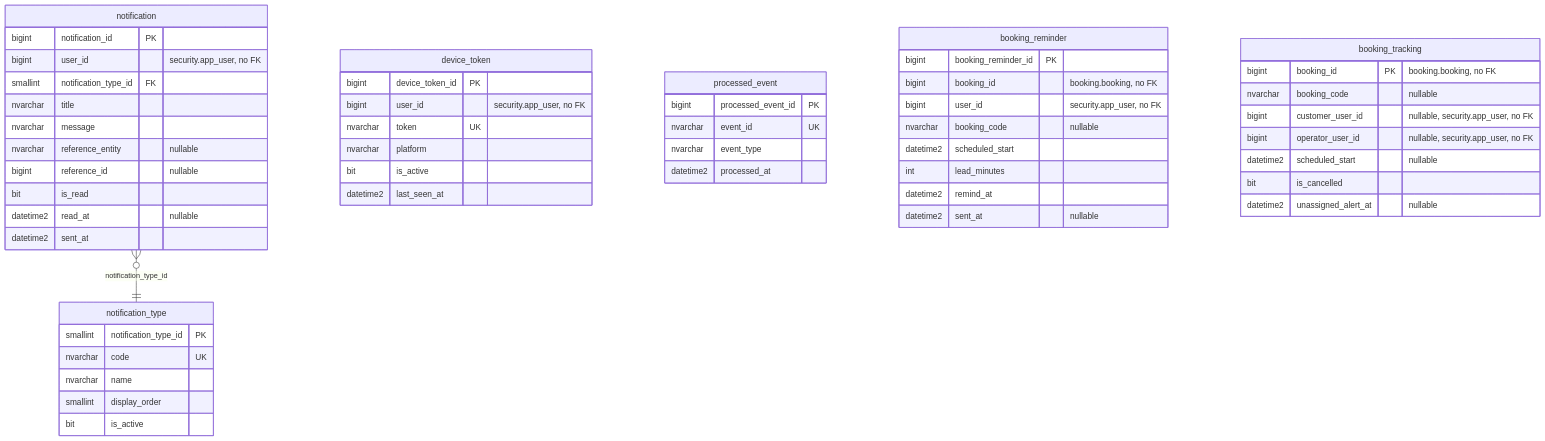
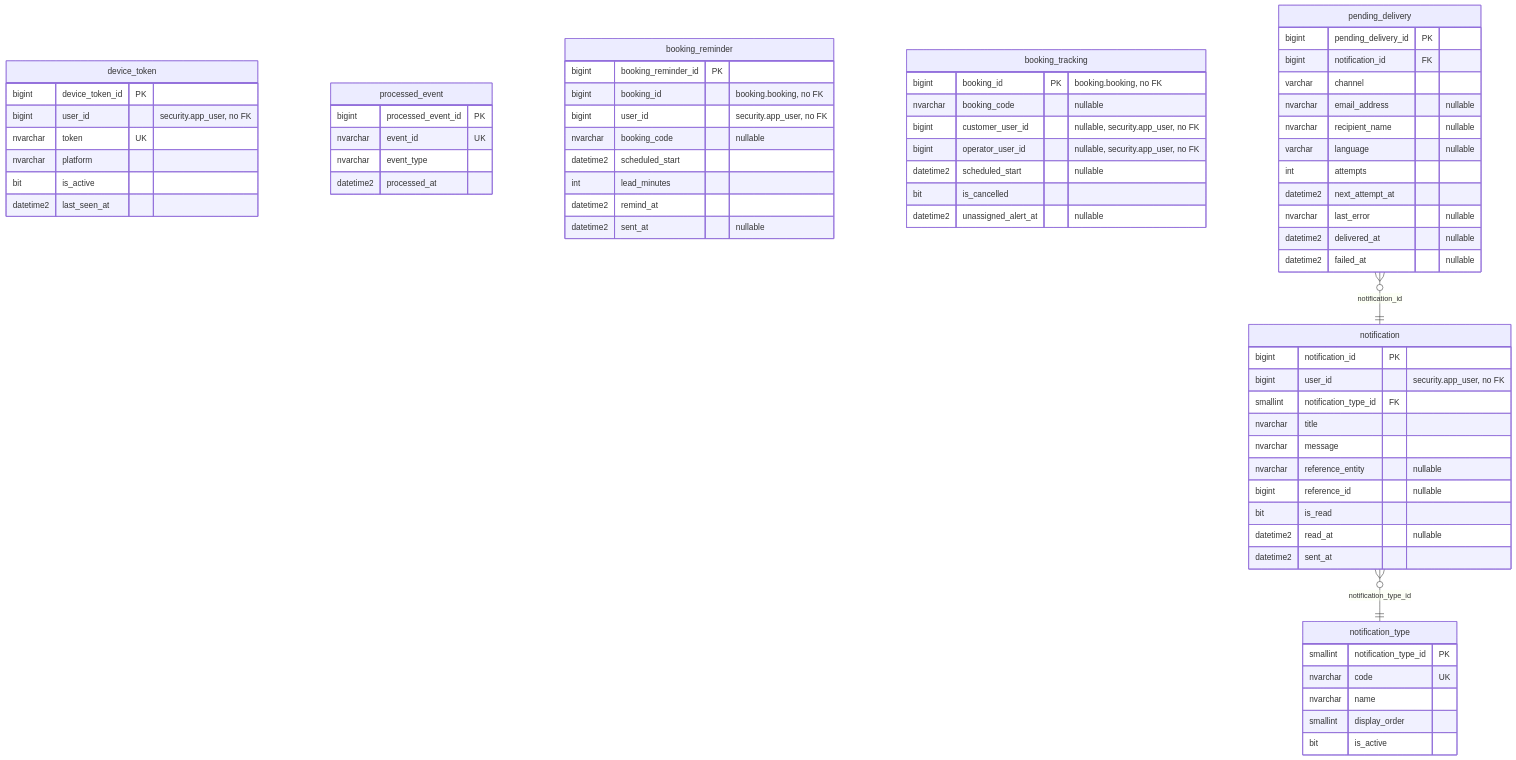
The diagram in 08-uml/diagrams/source/erd-notification.md (code-sena/vehicle-w-docs), drawn with Mermaid before and after one commit. The commit also changed other lines of this file and 1 other file, not shown here.

Commit message:
docs(data): add notification.pending_delivery and seed 116 to notification-service data model
Delivery outbox of migration 047 (retries, claim, cleared contact data) and the BOOKING_NO_SHOW type (27 types). Checked against origin/develop c5429ad.

````diff
--- a/08-uml/diagrams/source/erd-notification.md
+++ b/08-uml/diagrams/source/erd-notification.md
@@ -5,56 +5,70 @@
 ```mermaid
 erDiagram
     notification_type {
         smallint notification_type_id PK
         nvarchar code UK
         nvarchar name
         smallint display_order
         bit is_active
     }
     notification {
         bigint notification_id PK
         bigint user_id "security.app_user, no FK"
         smallint notification_type_id FK
         nvarchar title
         nvarchar message
         nvarchar reference_entity "nullable"
         bigint reference_id "nullable"
         bit is_read
         datetime2 read_at "nullable"
         datetime2 sent_at
     }
     device_token {
         bigint device_token_id PK
         bigint user_id "security.app_user, no FK"
         nvarchar token UK
         nvarchar platform
         bit is_active
         datetime2 last_seen_at
     }
     processed_event {
         bigint processed_event_id PK
         nvarchar event_id UK
         nvarchar event_type
         datetime2 processed_at
     }
     booking_reminder {
         bigint booking_reminder_id PK
         bigint booking_id "booking.booking, no FK"
         bigint user_id "security.app_user, no FK"
         nvarchar booking_code "nullable"
         datetime2 scheduled_start
         int lead_minutes
         datetime2 remind_at
         datetime2 sent_at "nullable"
     }
     booking_tracking {
         bigint booking_id PK "booking.booking, no FK"
         nvarchar booking_code "nullable"
         bigint customer_user_id "nullable, security.app_user, no FK"
         bigint operator_user_id "nullable, security.app_user, no FK"
         datetime2 scheduled_start "nullable"
         bit is_cancelled
         datetime2 unassigned_alert_at "nullable"
     }
+    pending_delivery {
+        bigint pending_delivery_id PK
+        bigint notification_id FK
+        varchar channel
+        nvarchar email_address "nullable"
+        nvarchar recipient_name "nullable"
+        varchar language "nullable"
+        int attempts
+        datetime2 next_attempt_at
+        nvarchar last_error "nullable"
+        datetime2 delivered_at "nullable"
+        datetime2 failed_at "nullable"
+    }
     notification }o--|| notification_type : "notification_type_id"
+    pending_delivery }o--|| notification : "notification_id"
 ```
````
